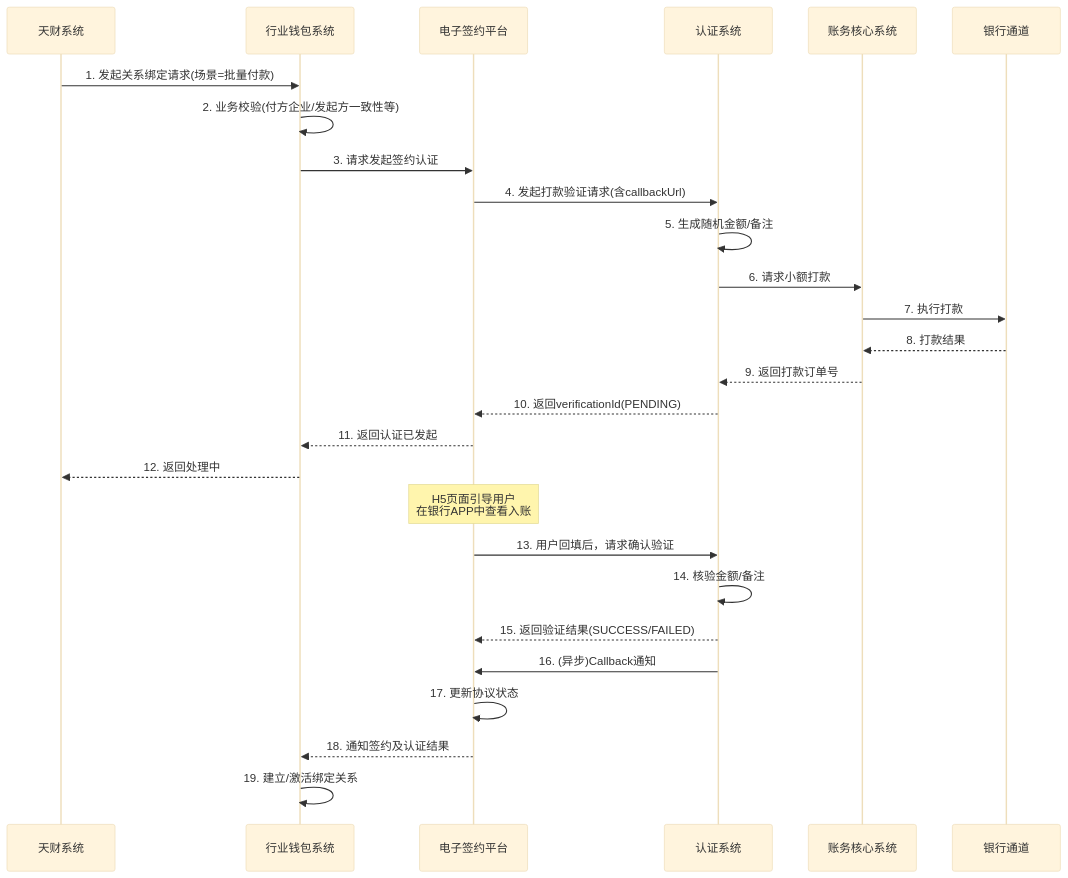
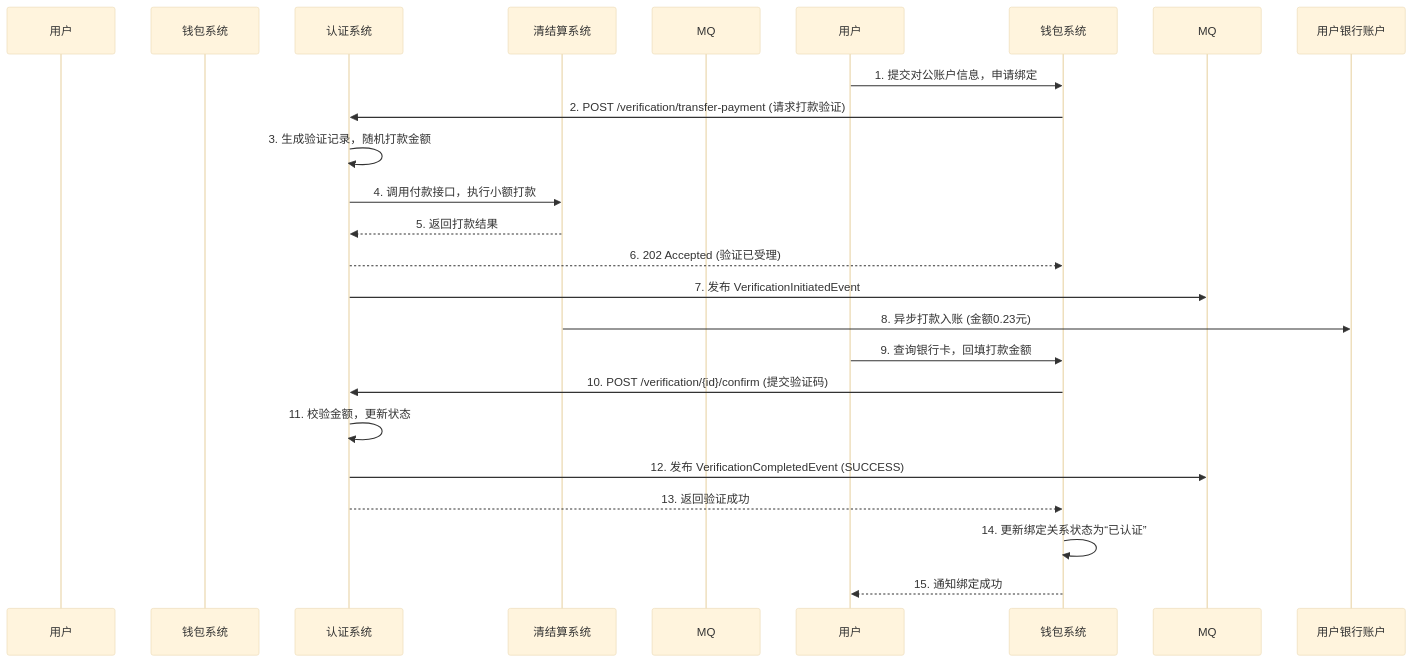
The first of 2 diagrams in data/天财分账需求/gpt-5.2/workspace/02_modules/module_认证系统.md (youzi211/AiCoding), drawn with Mermaid (base theme) before and after one commit. The commit also changed other lines of this file and 29 other files, not shown here.

````diff
--- a/data/天财分账需求/gpt-5.2/workspace/02_modules/module_认证系统.md
+++ b/data/天财分账需求/gpt-5.2/workspace/02_modules/module_认证系统.md
@@ -301,32 +341,26 @@
 ```mermaid
 sequenceDiagram
-    participant T as 天财系统
-    participant W as 行业钱包系统
-    participant E as 电子签约平台
-    participant A as 认证系统
-    participant AC as 账务核心系统
-    participant B as 银行通道
+    participant 门店/总部 as 用户
+    participant 行业钱包系统 as 钱包系统
+    participant 认证系统
+    participant 清结算系统
+    participant 消息队列 as MQ
 
-    T->>W: 1. 发起关系绑定请求(场景=批量付款)
-    W->>W: 2. 业务校验(付方企业/发起方一致性等)
-    W->>E: 3. 请求发起签约认证
-    E->>A: 4. 发起打款验证请求(含callbackUrl)
-    A->>A: 5. 生成随机金额/备注
-    A->>AC: 6. 请求小额打款
-    AC->>B: 7. 执行打款
-    B-->>AC: 8. 打款结果
-    AC-->>A: 9. 返回打款订单号
-    A-->>E: 10. 返回verificationId(PENDING)
-    E-->>W: 11. 返回认证已发起
-    W-->>T: 12. 返回处理中
-
-    Note over E: H5页面引导用户<br/>在银行APP中查看入账
-
-    E->>A: 13. 用户回填后，请求确认验证
-    A->>A: 14. 核验金额/备注
-    A-->>E: 15. 返回验证结果(SUCCESS/FAILED)
-    A->>E: 16. (异步)Callback通知
-    E->>E: 17. 更新协议状态
-    E-->>W: 18. 通知签约及认证结果
-    W->>W: 19. 建立/激活绑定关系
+    用户->>钱包系统: 1. 提交对公账户信息，申请绑定
+    钱包系统->>认证系统: 2. POST /verification/transfer-payment (请求打款验证)
+    认证系统->>认证系统: 3. 生成验证记录，随机打款金额
+    认证系统->>清结算系统: 4. 调用付款接口，执行小额打款
+    清结算系统-->>认证系统: 5. 返回打款结果
+    认证系统-->>钱包系统: 6. 202 Accepted (验证已受理)
+    认证系统->>MQ: 7. 发布 VerificationInitiatedEvent
+    
+    清结算系统->>用户银行账户: 8. 异步打款入账 (金额0.23元)
+    
+    用户->>钱包系统: 9. 查询银行卡，回填打款金额
+    钱包系统->>认证系统: 10. POST /verification/{id}/confirm (提交验证码)
+    认证系统->>认证系统: 11. 校验金额，更新状态
+    认证系统->>MQ: 12. 发布 VerificationCompletedEvent (SUCCESS)
+    认证系统-->>钱包系统: 13. 返回验证成功
+    钱包系统->>钱包系统: 14. 更新绑定关系状态为“已认证”
+    钱包系统-->>用户: 15. 通知绑定成功
 ```
````
